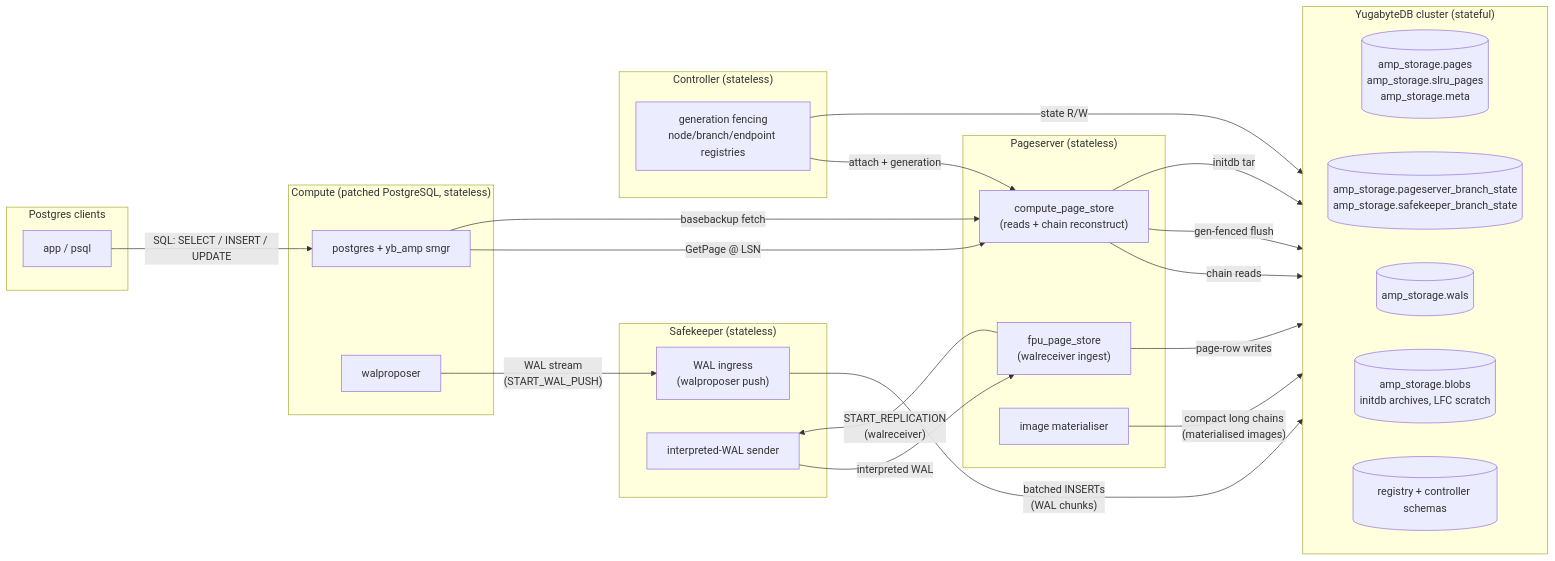
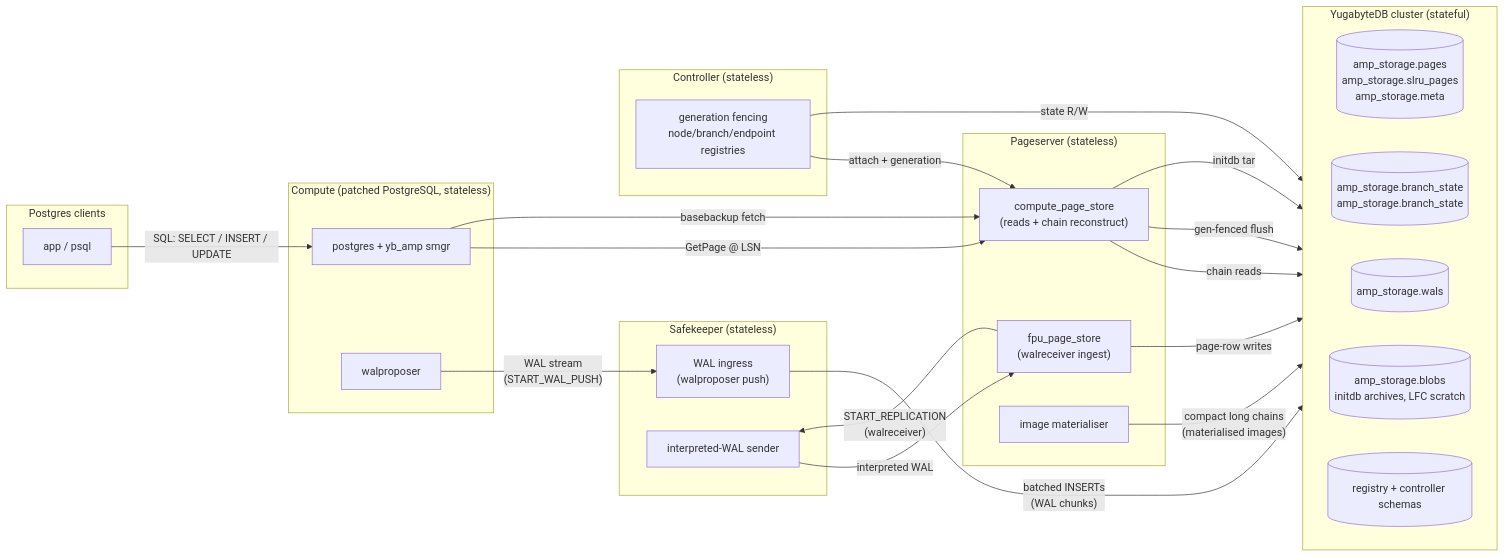
Before and after one commit to yugabyte/meko: the diagram in compute/architecture/high-level.md, drawn with Mermaid. The commit also changed other lines of this file and 48 other files, not shown here.

First line of the commit message:
compute: merge the per-branch state tables into amp_storage.branch_state (#413)

````diff
--- a/compute/architecture/high-level.md
+++ b/compute/architecture/high-level.md
@@ -12,50 +12,50 @@
 ```mermaid
 flowchart LR
     subgraph clients["Postgres clients"]
         app["app / psql"]
     end
 
     subgraph compute["Compute (patched PostgreSQL, stateless)"]
         pg["postgres + yb_amp smgr"]
         wp["walproposer"]
     end
 
     subgraph sk["Safekeeper (stateless)"]
         skp["WAL ingress<br/>(walproposer push)"]
         sks["interpreted-WAL sender"]
     end
 
     subgraph ps["Pageserver (stateless)"]
         cps["compute_page_store<br/>(reads + chain reconstruct)"]
         fps["fpu_page_store<br/>(walreceiver ingest)"]
         mat["image materialiser"]
     end
 
     subgraph sc["Controller (stateless)"]
         sct["generation fencing<br/>node/branch/endpoint registries"]
     end
 
     subgraph yb["YugabyteDB cluster (stateful)"]
         direction LR
         tblPages[("amp_storage.pages<br/>amp_storage.slru_pages<br/>amp_storage.meta")]
-        tblState[("amp_storage.pageserver_branch_state<br/>amp_storage.safekeeper_branch_state")]
+        tblState[("amp_storage.branch_state<br/>amp_storage.branch_state")]
         tblWal[("amp_storage.wals")]
         tblBlob[("amp_storage.blobs<br/>initdb archives, LFC scratch")]
         tblSc[("registry + controller schemas")]
     end
 
     app -- "SQL: SELECT / INSERT / UPDATE" --> pg
     pg -- "GetPage @ LSN" --> cps
     wp -- "WAL stream<br/>(START_WAL_PUSH)" --> skp
     skp -- "batched INSERTs<br/>(WAL chunks)" --> tblWal
     fps -- "START_REPLICATION<br/>(walreceiver)" --> sks
     sks -- "interpreted WAL" --> fps
     cps -- "chain reads" --> tblPages
     fps -- "page-row writes" --> tblPages
     mat -- "compact long chains<br/>(materialised images)" --> tblPages
     cps -- "gen-fenced flush" --> tblState
     sct -- "attach + generation" --> cps
     sct -- "state R/W" --> tblSc
     cps -- "initdb tar" --> tblBlob
     pg -- "basebackup fetch" --> cps
 ```
````
